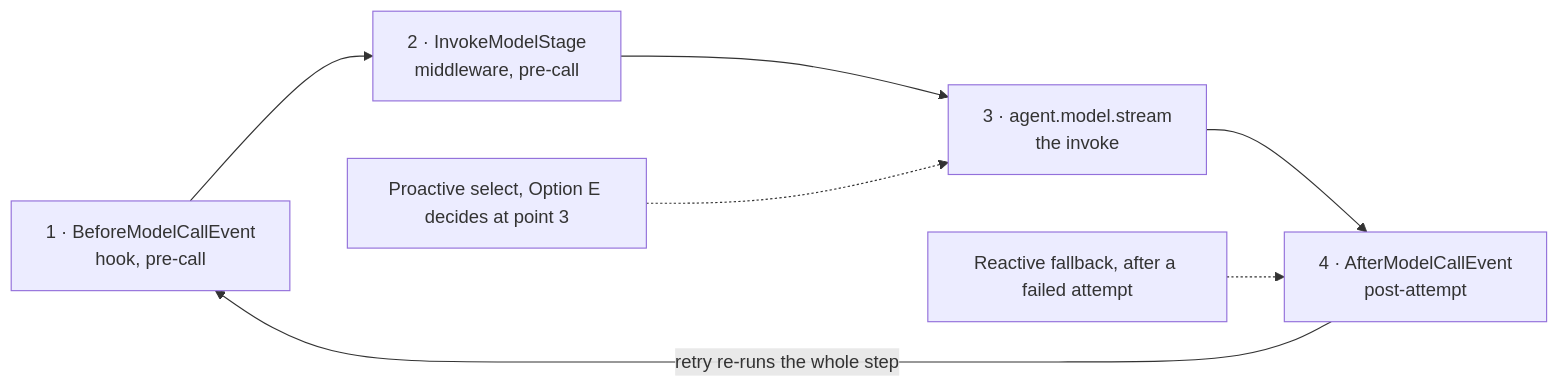
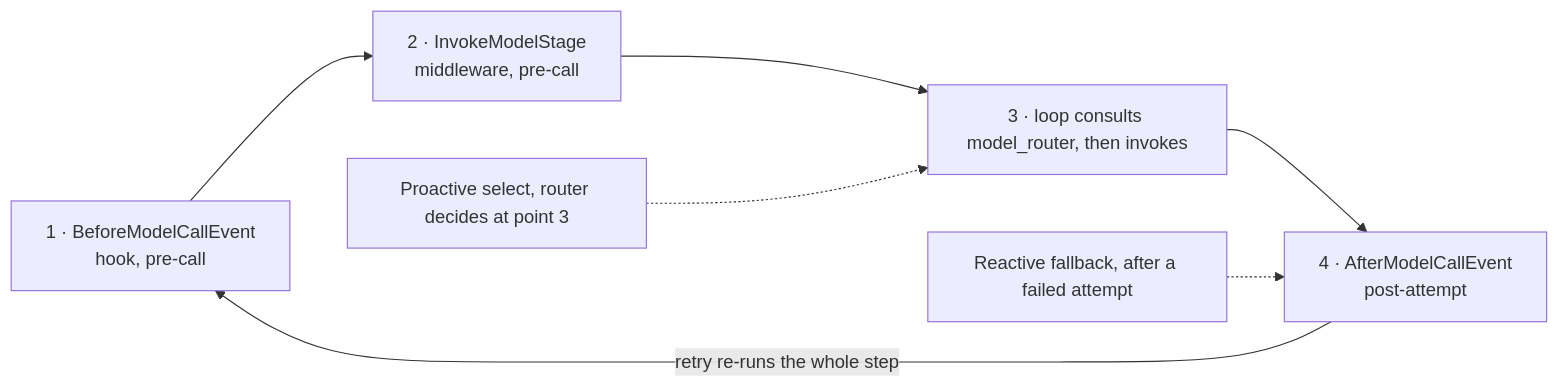
Before and after one commit to strands-agents/sdk-python: the second of 4 diagrams in team/designs/0015-model-routing.md, drawn with Mermaid. The commit also changed other lines of this file, not shown here.

First line of the commit message:
docs(model-routing): make ModelRouter a first-class type via model_router=

````diff
--- a/team/designs/0015-model-routing.md
+++ b/team/designs/0015-model-routing.md
@@ -167,10 +171,10 @@
 ```mermaid
 graph LR
     A[1 · BeforeModelCallEvent<br/>hook, pre-call] --> B[2 · InvokeModelStage<br/>middleware, pre-call]
-    B --> C[3 · agent.model.stream<br/>the invoke]
+    B --> C[3 · loop consults model_router, then invokes]
     C --> D[4 · AfterModelCallEvent<br/>post-attempt]
     D -->|retry re-runs the whole step| A
 
-    P[Proactive select, Option E decides at point 3] -.-> C
+    P[Proactive select, router decides at point 3] -.-> C
     Rx[Reactive fallback, after a failed attempt] -.-> D
 ```
````
